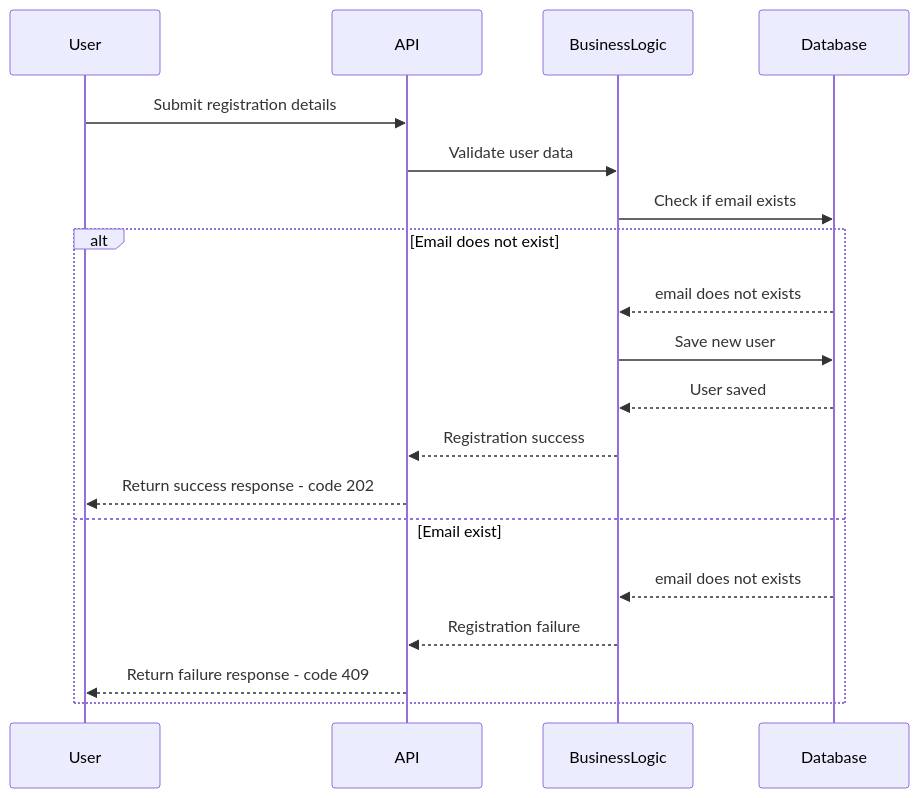
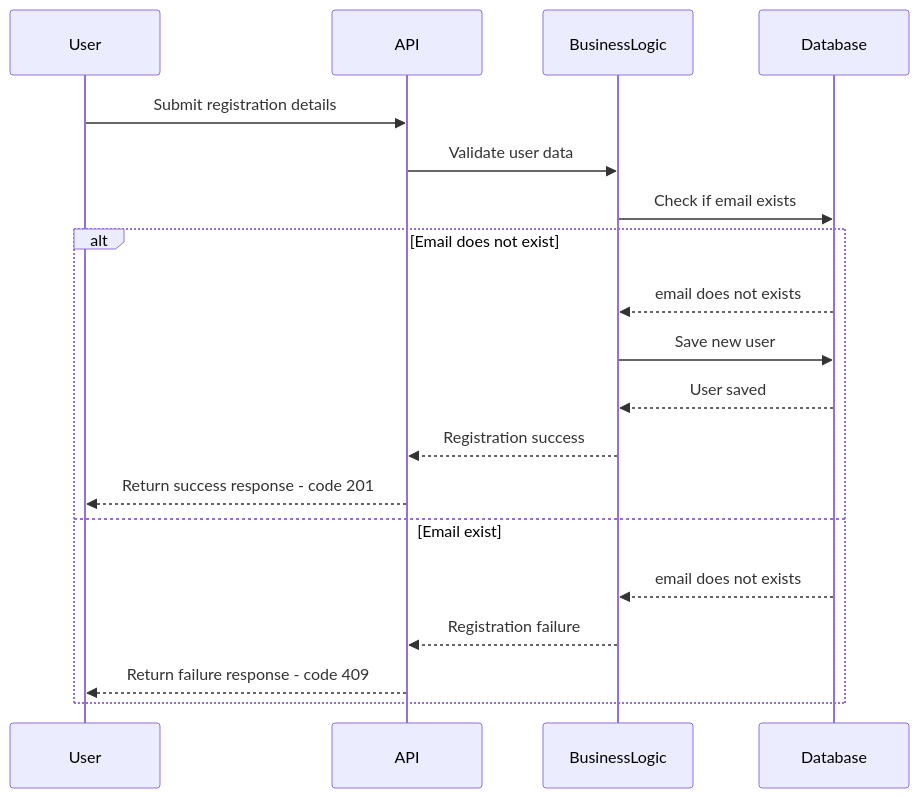
Before and after one commit to Basco64/HBNB_UML: the diagram in 2.User.md, drawn with Mermaid.

````diff
--- a/2.User.md
+++ b/2.User.md
@@ -1,25 +1,25 @@
 ```mermaid
 sequenceDiagram
 
     participant User
     participant API
     participant BusinessLogic
     participant Database
 
     User->>API: Submit registration details
     API->>BusinessLogic: Validate user data
     
     BusinessLogic->>Database: Check if email exists
 
     alt Email does not exist
         Database-->>BusinessLogic: email does not exists
         BusinessLogic->>Database: Save new user
         Database-->>BusinessLogic: User saved
         BusinessLogic-->>API: Registration success
-        API-->>User: Return success response - code 202
+        API-->>User: Return success response - code 201
     else Email exist
         Database-->>BusinessLogic: email does not exists
         BusinessLogic-->>API: Registration failure
         API-->>User: Return failure response - code 409
     end
 ```
````
